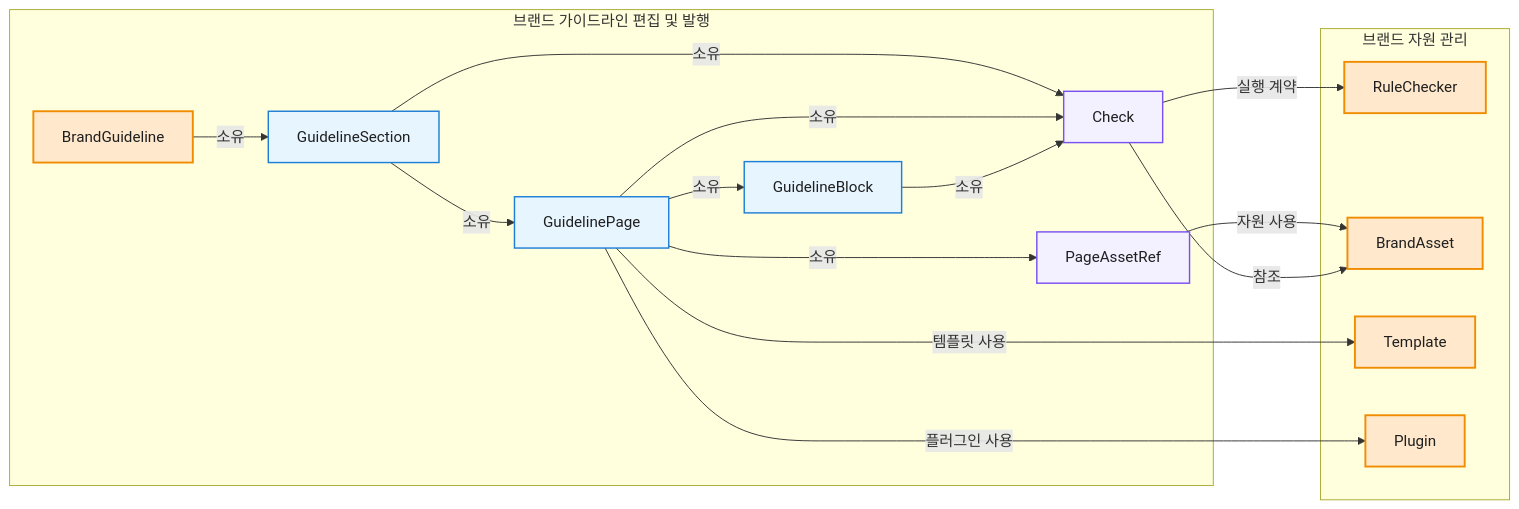
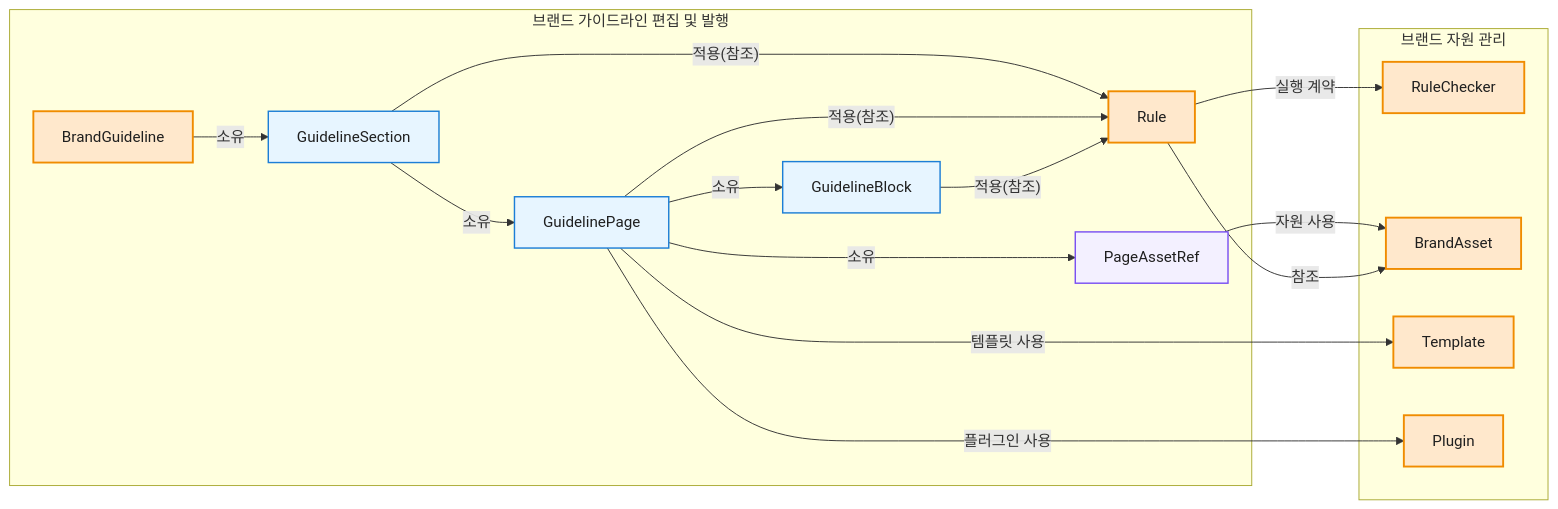
Before and after one commit to ewoooo/living-brand-system: the third of 5 diagrams in docs/04-domain-model.md, drawn with Mermaid. The commit also changed other lines of this file and 2 other files, not shown here.

First line of the commit message:
docs: Check 소유 모델을 Rule 참조 모델로 갱신

````diff
--- a/docs/04-domain-model.md
+++ b/docs/04-domain-model.md
@@ -256,39 +256,39 @@
 ```mermaid
 flowchart LR
   subgraph Edit["브랜드 가이드라인 편집 및 발행"]
     BrandGuideline["BrandGuideline"]
     Section["GuidelineSection"]
     Page["GuidelinePage"]
     Block["GuidelineBlock"]
-    Check["Check"]
+    Rule["Rule"]
     PageAssetRefNode["PageAssetRef"]
   end
 
   subgraph Resource["브랜드 자원 관리"]
     RuleChecker["RuleChecker"]
     BrandAsset["BrandAsset"]
     Template["Template"]
     Plugin["Plugin"]
   end
 
   BrandGuideline -->|"소유"| Section
   Section -->|"소유"| Page
   Page -->|"소유"| Block
-  Section -->|"소유"| Check
-  Page -->|"소유"| Check
-  Block -->|"소유"| Check
-  Check -->|"실행 계약"| RuleChecker
+  Section -->|"적용(참조)"| Rule
+  Page -->|"적용(참조)"| Rule
+  Block -->|"적용(참조)"| Rule
+  Rule -->|"실행 계약"| RuleChecker
   Page -->|"소유"| PageAssetRefNode
   PageAssetRefNode -->|"자원 사용"| BrandAsset
   Page -->|"템플릿 사용"| Template
   Page -->|"플러그인 사용"| Plugin
-  Check -->|"참조"| BrandAsset
+  Rule -->|"참조"| BrandAsset
 
   classDef aggregate fill:#FFE8CC,stroke:#F08C00,stroke-width:2px,color:#1F1F1F;
   classDef entity fill:#E7F5FF,stroke:#1C7ED6,stroke-width:1.5px,color:#1F1F1F;
   classDef childEntity fill:#F3F0FF,stroke:#7950F2,stroke-width:1.5px,color:#1F1F1F;
 
-  class BrandGuideline,RuleChecker,BrandAsset,Template,Plugin aggregate;
+  class BrandGuideline,Rule,RuleChecker,BrandAsset,Template,Plugin aggregate;
   class Section,Page,Block entity;
-  class Check,PageAssetRefNode childEntity;
+  class PageAssetRefNode childEntity;
 ```
````
